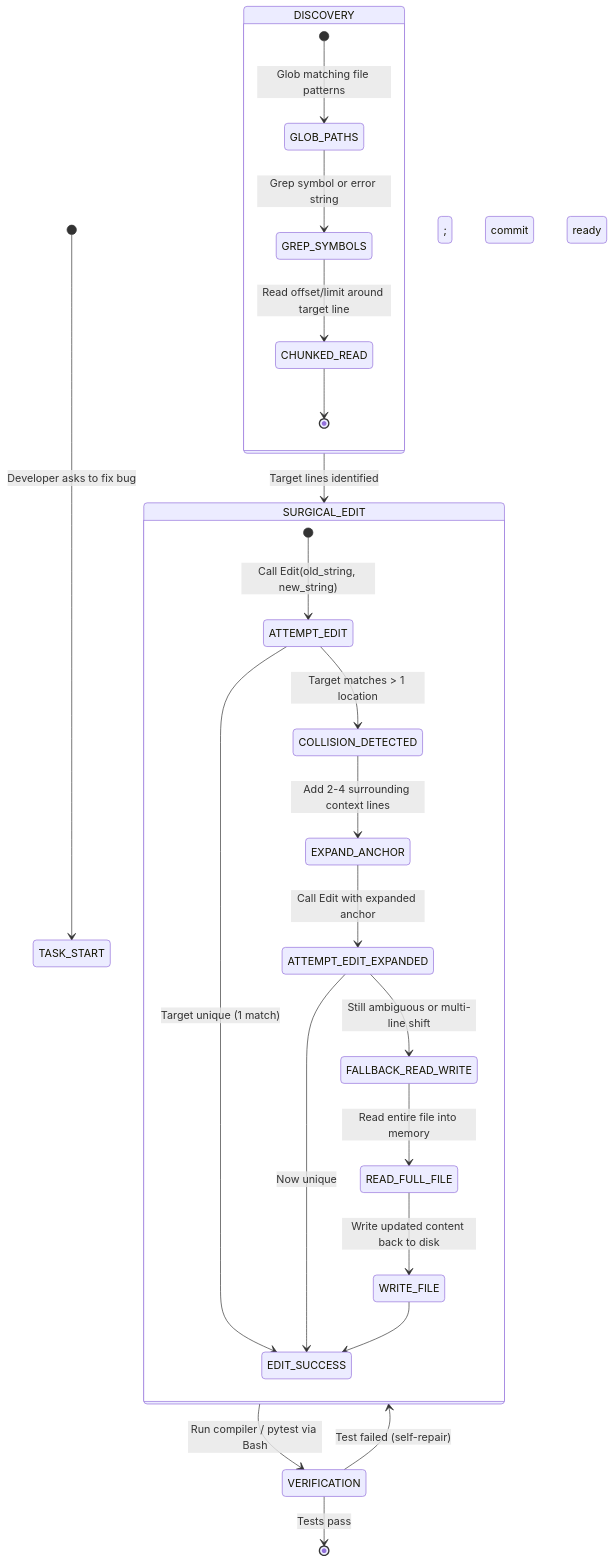
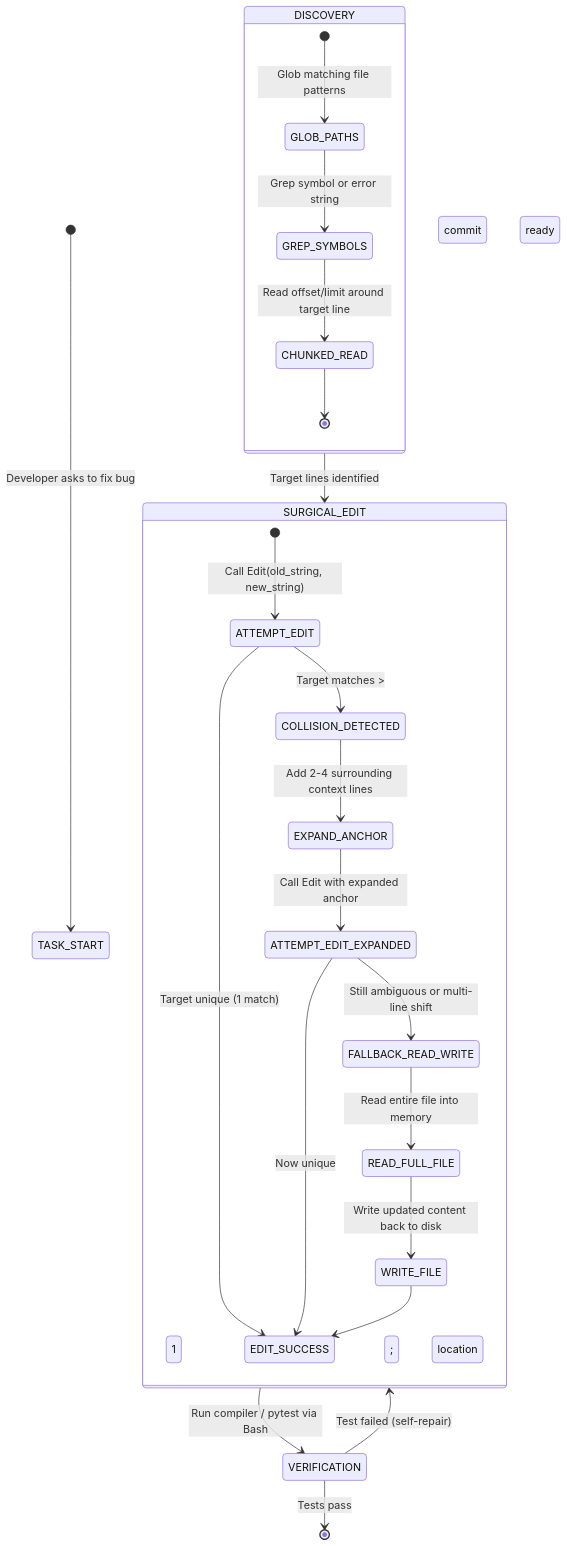
The fourth of 4 diagrams in scenarios/scenario_4_developer_productivity/SCENARIO_GUIDE.md (dip4k/claude_cert_architect_foundation_prep), drawn with Mermaid before and after one commit. The commit also changed other lines of this file and 31 other files, not shown here.

First line of the commit message:
docs(diagrams): fix GitHub Mermaid rendering cut-off, wrappingWidth, and entity escapes across all 32 docs

````diff
--- a/scenarios/scenario_4_developer_productivity/SCENARIO_GUIDE.md
+++ b/scenarios/scenario_4_developer_productivity/SCENARIO_GUIDE.md
@@ -276,32 +276,32 @@
 ```mermaid
 stateDiagram-v2
     [*] --> TASK_START: Developer asks to fix bug
     
     state DISCOVERY {
         [*] --> GLOB_PATHS: Glob matching file patterns
         GLOB_PATHS --> GREP_SYMBOLS: Grep symbol or error string
         GREP_SYMBOLS --> CHUNKED_READ: Read offset/limit around target line
         CHUNKED_READ --> [*]
     }
     
     DISCOVERY --> SURGICAL_EDIT: Target lines identified
     
     state SURGICAL_EDIT {
         [*] --> ATTEMPT_EDIT: Call Edit(old_string, new_string)
         ATTEMPT_EDIT --> EDIT_SUCCESS: Target unique (1 match)
-        ATTEMPT_EDIT --> COLLISION_DETECTED: Target matches > 1 location
+        ATTEMPT_EDIT --> COLLISION_DETECTED: Target matches &gt; 1 location
         
         COLLISION_DETECTED --> EXPAND_ANCHOR: Add 2-4 surrounding context lines
         EXPAND_ANCHOR --> ATTEMPT_EDIT_EXPANDED: Call Edit with expanded anchor
         ATTEMPT_EDIT_EXPANDED --> EDIT_SUCCESS: Now unique
         ATTEMPT_EDIT_EXPANDED --> FALLBACK_READ_WRITE: Still ambiguous or multi-line shift
         
         FALLBACK_READ_WRITE --> READ_FULL_FILE: Read entire file into memory
         READ_FULL_FILE --> WRITE_FILE: Write updated content back to disk
         WRITE_FILE --> EDIT_SUCCESS
     }
     
     SURGICAL_EDIT --> VERIFICATION: Run compiler / pytest via Bash
     VERIFICATION --> SURGICAL_EDIT: Test failed (self-repair)
     VERIFICATION --> [*]: Tests pass; commit ready
 ```
````
